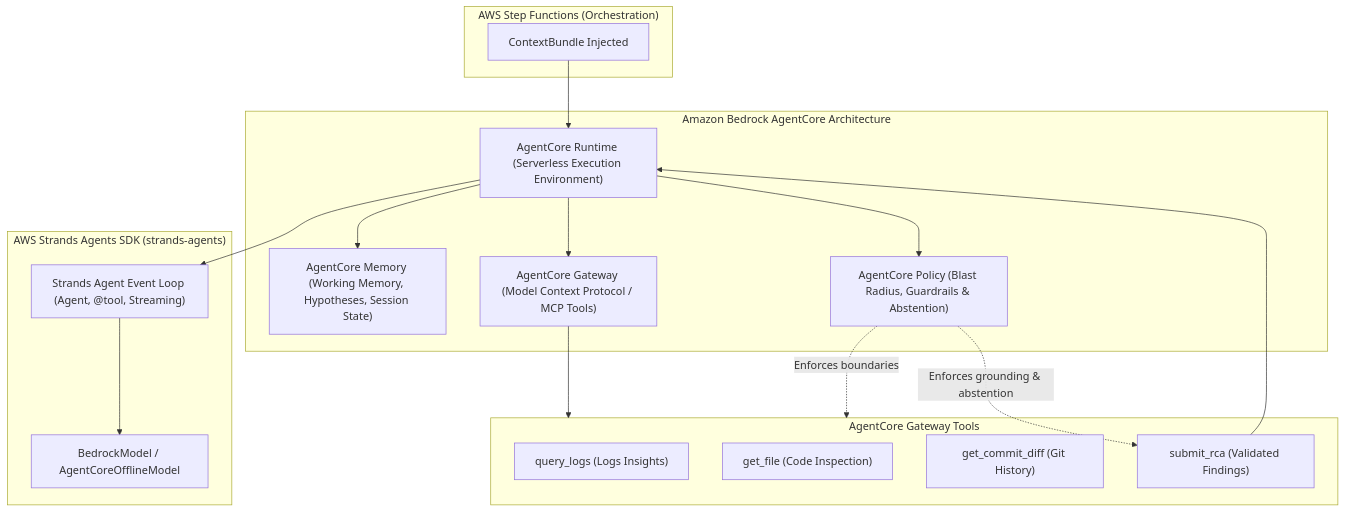
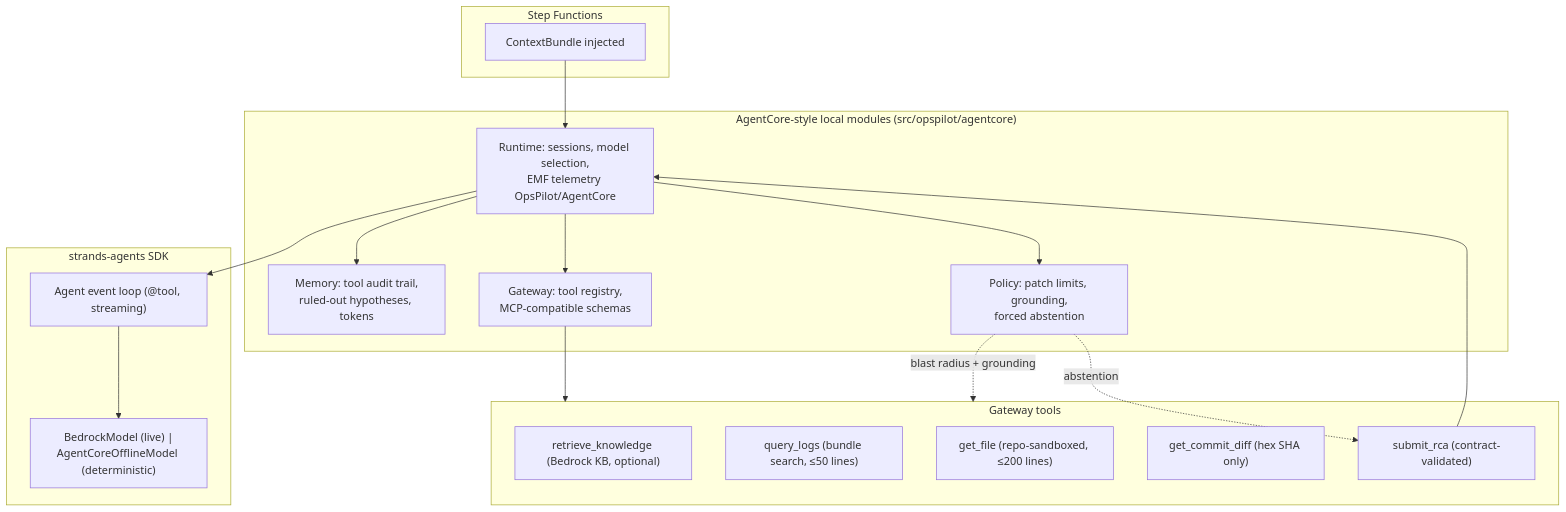
Before and after one commit to himanshu-nakrani/himanshu-nakrani-opspilot-aws: the fourth of 4 diagrams in docs/ARCHITECTURE.md, drawn with Mermaid. The commit also changed other lines of this file and 56 other files, not shown here.

````diff
--- a/docs/ARCHITECTURE.md
+++ b/docs/ARCHITECTURE.md
@@ -69,36 +99,33 @@
 ```mermaid
 flowchart TD
-    subgraph StepFunctions["AWS Step Functions (Orchestration)"]
-        CB[ContextBundle Injected]
+    subgraph StepFunctions["Step Functions"]
+        CB[ContextBundle injected]
     end
-
-    subgraph AgentCore["Amazon Bedrock AgentCore Architecture"]
-        Runtime["AgentCore Runtime (Serverless Execution Environment)"]
-        Memory["AgentCore Memory (Working Memory, Hypotheses, Session State)"]
-        Policy["AgentCore Policy (Blast Radius, Guardrails & Abstention)"]
-        Gateway["AgentCore Gateway (Model Context Protocol / MCP Tools)"]
+    subgraph AgentCore["AgentCore-style local modules (src/opspilot/agentcore)"]
+        Runtime["Runtime: sessions, model selection,\nEMF telemetry OpsPilot/AgentCore"]
+        Memory["Memory: tool audit trail,\nruled-out hypotheses, tokens"]
+        Policy["Policy: patch limits, grounding,\nforced abstention"]
+        Gateway["Gateway: tool registry,\nMCP-compatible schemas"]
     end
-
-    subgraph Strands["AWS Strands Agents SDK (strands-agents)"]
-        StrandsAgent["Strands Agent Event Loop (Agent, @tool, Streaming)"]
-        ModelBackend["BedrockModel / AgentCoreOfflineModel"]
+    subgraph Strands["strands-agents SDK"]
+        StrandsAgent["Agent event loop (@tool, streaming)"]
+        ModelBackend["BedrockModel (live) |\nAgentCoreOfflineModel (deterministic)"]
     end
-
-    subgraph Tools["AgentCore Gateway Tools"]
-        T1["query_logs (Logs Insights)"]
-        T2["get_file (Code Inspection)"]
-        T3["get_commit_diff (Git History)"]
-        T4["submit_rca (Validated Findings)"]
+    subgraph Tools["Gateway tools"]
+        T0["retrieve_knowledge (Bedrock KB, optional)"]
+        T1["query_logs (bundle search, ≤50 lines)"]
+        T2["get_file (repo-sandboxed, ≤200 lines)"]
+        T3["get_commit_diff (hex SHA only)"]
+        T4["submit_rca (contract-validated)"]
     end
-
     CB --> Runtime
     Runtime --> Memory
     Runtime --> Policy
     Runtime --> Gateway
     Runtime --> StrandsAgent
     StrandsAgent --> ModelBackend
     Gateway --> Tools
-    Policy -.Enforces boundaries.-> Tools
-    Policy -.Enforces grounding & abstention.-> T4
+    Policy -.blast radius + grounding.-> Tools
+    Policy -.abstention.-> T4
     T4 --> Runtime
 ```
````
